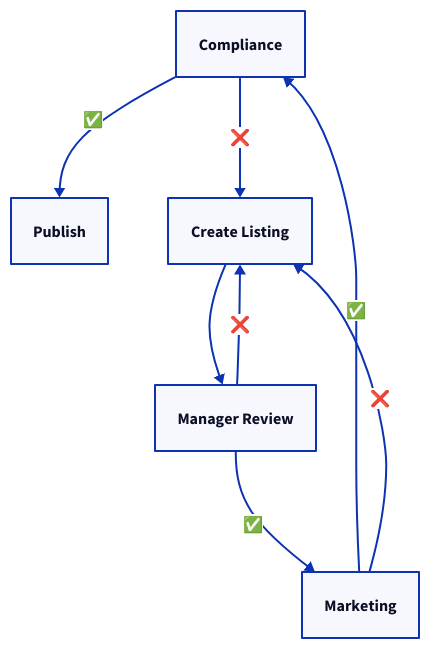
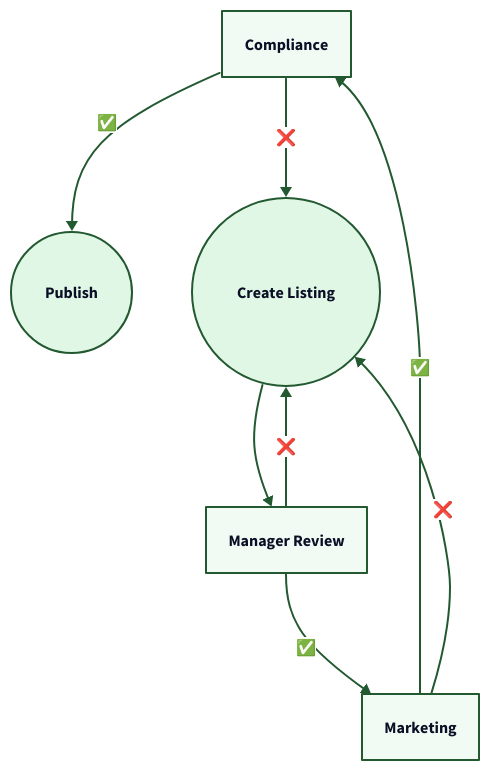
The third of 3 diagrams in src/content/docs/pro/documenting/templates/automations/examples/multi-level-approval-loops.mdx (tallyfy/documentation), drawn with D2 before and after one commit. The commit also changed 4 other files, not shown here.

First line of the commit message:
Replace a D2 validator that could never fail, and add the countdown diagram (#200)

````diff
--- a/src/content/docs/pro/documenting/templates/automations/examples/multi-level-approval-loops.mdx
+++ b/src/content/docs/pro/documenting/templates/automations/examples/multi-level-approval-loops.mdx
@@ -306,14 +306,64 @@
 ```d2
-Compliance: "Compliance"
-Marketing: "Marketing"
-Publish: "Publish"
-Agent: "Create Listing"
-Manager: "Manager Review"
-Agent -> Manager
-Manager -> Marketing: "✅"
-Manager -> Agent: "❌"
-Marketing -> Compliance: "✅"
-Marketing -> Agent: "❌"
-Compliance -> Publish: "✅"
-Compliance -> Agent: "❌"
+# Property Listing Approval Workflow
+direction: down
+
+# Approval Steps
+Compliance: Compliance {
+  shape: rectangle
+  style.fill: "#f2faf4"
+  style.stroke: "#225930"
+}
+Marketing: Marketing {
+  shape: rectangle
+  style.fill: "#f2faf4"
+  style.stroke: "#225930"
+}
+
+# End
+Publish: Publish {
+  shape: circle
+  style.fill: "#e1f7e6"
+  style.stroke: "#225930"
+  style.stroke-width: 2
+}
+
+# Start
+Agent: Create Listing {
+  shape: circle
+  style.fill: "#e1f7e6"
+  style.stroke: "#225930"
+}
+Manager: Manager Review {
+  shape: rectangle
+  style.fill: "#f2faf4"
+  style.stroke: "#225930"
+}
+
+# Approvals move forward
+Agent -> Manager {
+  style.stroke: "#225930"
+}
+Manager -> Marketing: "✅" {
+  style.stroke: "#225930"
+  style.stroke-width: 2
+}
+Marketing -> Compliance: "✅" {
+  style.stroke: "#225930"
+  style.stroke-width: 2
+}
+Compliance -> Publish: "✅" {
+  style.stroke: "#225930"
+  style.stroke-width: 2
+}
+
+# Rejections return to the agent
+Manager -> Agent: "❌" {
+  style.stroke: "#225930"
+}
+Marketing -> Agent: "❌" {
+  style.stroke: "#225930"
+}
+Compliance -> Agent: "❌" {
+  style.stroke: "#225930"
+}
 ```
````
